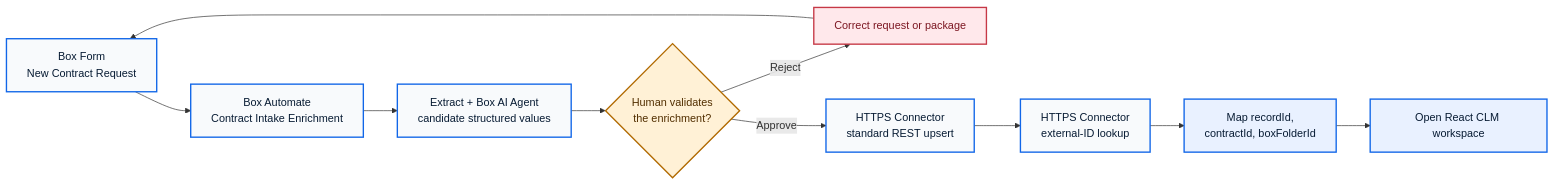
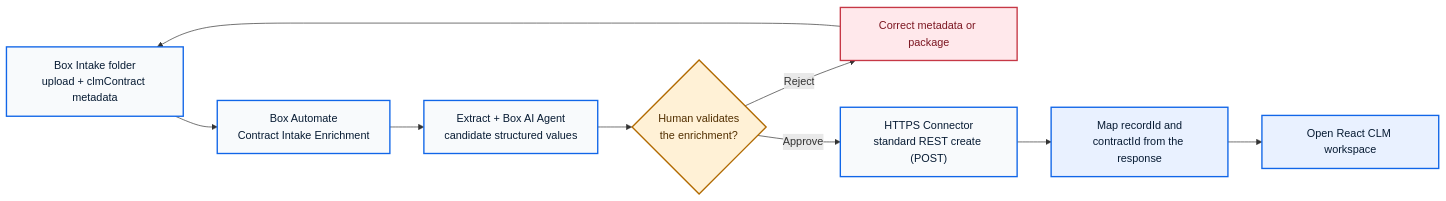
One commit to unofficialbox/box-bedrock-for-clm changed the diagram in docs/diagrams/clm-box-form-automate-entry.mmd. Above: the diagram before and after it, drawn with Mermaid. The commit also changed 35 other files, not shown here.

First line of the commit message:
Sweep docs and diagrams to the metadata-triggered intake

```diff
--- a/docs/diagrams/clm-box-form-automate-entry.mmd
+++ b/docs/diagrams/clm-box-form-automate-entry.mmd
@@ -1,20 +1,19 @@
 flowchart LR
-    Form["Box Form<br/>New Contract Request"] --> Automate["Box Automate<br/>Contract Intake Enrichment"]
+    Intake["Box Intake folder<br/>upload + clmContract metadata"] --> Automate["Box Automate<br/>Contract Intake Enrichment"]
     Automate --> Extract["Extract + Box AI Agent<br/>candidate structured values"]
     Extract --> Gate{"Human validates<br/>the enrichment?"}
-    Gate -- "Reject" --> Rework["Correct request or package"]
-    Rework --> Form
-    Gate -- "Approve" --> Upsert["HTTPS Connector<br/>standard REST upsert"]
-    Upsert --> Lookup["HTTPS Connector<br/>external-ID lookup"]
-    Lookup --> Context["Map recordId,<br/>contractId, boxFolderId"]
+    Gate -- "Reject" --> Rework["Correct metadata or package"]
+    Rework --> Intake
+    Gate -- "Approve" --> Create["HTTPS Connector<br/>standard REST create (POST)"]
+    Create --> Context["Map recordId and<br/>contractId from the response"]
     Context --> React["Open React CLM workspace"]
 
     classDef box fill:#f8fafc,stroke:#1166e8,color:#071b33,stroke-width:2px
     classDef decision fill:#fff1d6,stroke:#b16a00,color:#522f00,stroke-width:2px
     classDef salesforce fill:#e9f1ff,stroke:#1166e8,color:#071b33,stroke-width:2px
     classDef blocked fill:#ffe8eb,stroke:#c63846,color:#7c1621,stroke-width:2px
 
-    class Form,Automate,Extract,Upsert,Lookup box
+    class Intake,Automate,Extract,Create box
     class Gate decision
     class Context,React salesforce
     class Rework blocked
```
